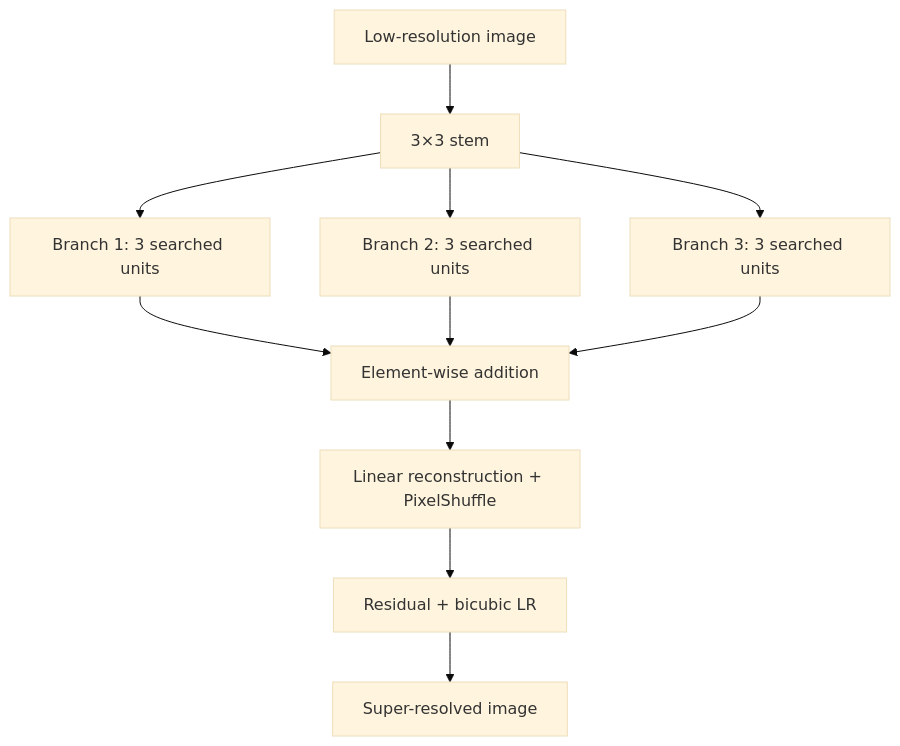
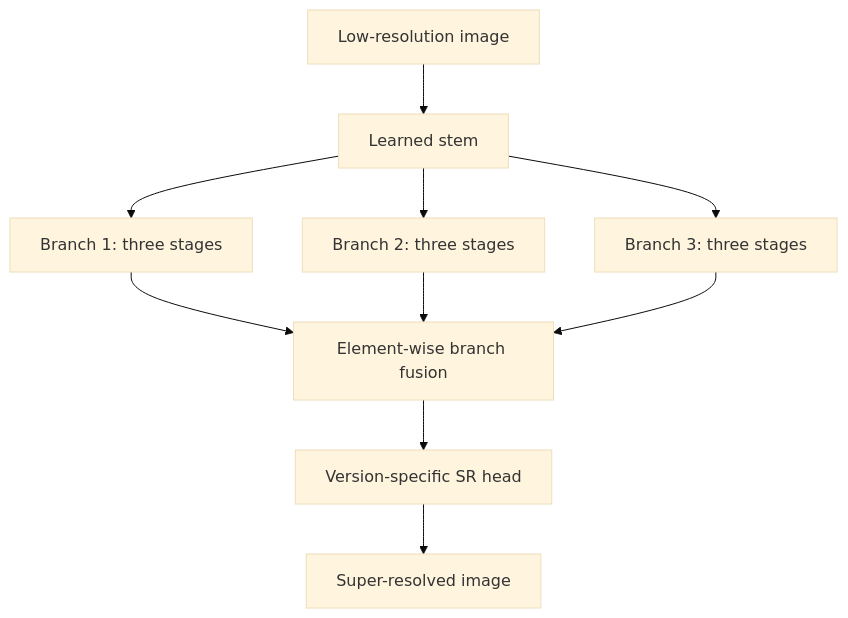
The first of 2 diagrams in README.md (jesusllg/BASS-Branching-Architecture-Search-Space-for-Deep-Super-Resolution), drawn with Mermaid (base theme) before and after one commit. The commit also changed other lines of this file and 44 other files, not shown here.

````diff
--- a/README.md
+++ b/README.md
@@ -23,13 +32,12 @@
 ```mermaid
 flowchart TB
-    LR["Low-resolution image"] --> Stem["3×3 stem"]
-    Stem --> B1["Branch 1: 3 searched units"]
-    Stem --> B2["Branch 2: 3 searched units"]
-    Stem --> B3["Branch 3: 3 searched units"]
-    B1 --> Add["Element-wise addition"]
+    LR["Low-resolution image"] --> Stem["Learned stem"]
+    Stem --> B1["Branch 1: three stages"]
+    Stem --> B2["Branch 2: three stages"]
+    Stem --> B3["Branch 3: three stages"]
+    B1 --> Add["Element-wise branch fusion"]
     B2 --> Add
     B3 --> Add
-    Add --> Up["Linear reconstruction + PixelShuffle"]
-    Up --> Residual["Residual + bicubic LR"]
-    Residual --> SR["Super-resolved image"]
+    Add --> Head["Version-specific SR head"]
+    Head --> SR["Super-resolved image"]
 ```
````
